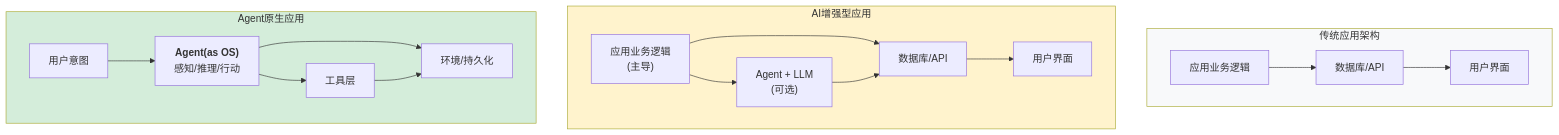
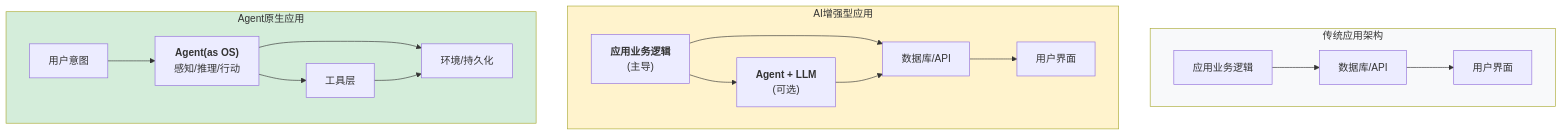
The first of 2 diagrams in 14_future/14.1_agent_native.md (yeasy/harness_engineering_guide), drawn with Mermaid before and after one commit. The commit also changed other lines of this file and 15 other files, not shown here.

````diff
--- a/14_future/14.1_agent_native.md
+++ b/14_future/14.1_agent_native.md
@@ -7,36 +7,36 @@
 ```mermaid
 graph TB
     subgraph Traditional["传统应用架构"]
         A["应用业务逻辑"]
         B["数据库/API"]
         C["用户界面"]
         A --> B
         B --> C
     end
 
     subgraph Enhanced["AI增强型应用"]
-        D["应用业务逻辑<br/>(主导)"]
-        E["Agent + LLM<br/>(可选)"]
+        D["<b>应用业务逻辑</b><br/>(主导)"]
+        E["<b>Agent + LLM</b><br/>(可选)"]
         F["数据库/API"]
         G["用户界面"]
         D --> F
         D --> E
         E --> F
         F --> G
     end
 
     subgraph Native["Agent原生应用"]
         H["用户意图"]
         I["<b>Agent(as OS)</b><br/>感知/推理/行动"]
         J["工具层"]
         K["环境/持久化"]
         H --> I
         I --> J
         I --> K
         J --> K
     end
 
     style Traditional fill:#f8f9fa
     style Enhanced fill:#fff3cd
     style Native fill:#d4edda
 ```
````
